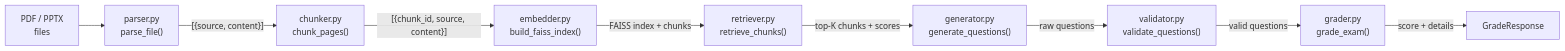
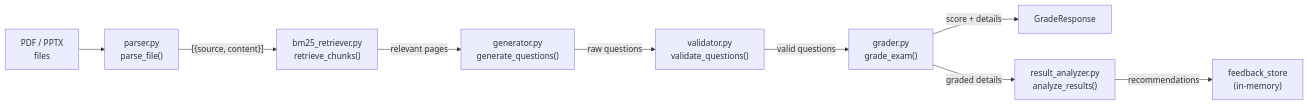
One commit to DanielK345/Exam-generator changed the third of 4 diagrams in README.md. Above: the diagram before and after it, drawn with Mermaid. The commit also changed other lines of this file and 11 other files, not shown here.

Commit message:
cross source questions

````diff
--- a/README.md
+++ b/README.md
@@ -54,11 +82,11 @@
 ```mermaid
 flowchart LR
     PDF["PDF / PPTX\nfiles"] --> parser["parser.py\nparse_file()"]
-    parser -->|"[{source, content}]"| chunker["chunker.py\nchunk_pages()"]
-    chunker -->|"[{chunk_id, source, content}]"| embedder["embedder.py\nbuild_faiss_index()"]
-    embedder -->|"FAISS index + chunks"| retriever["retriever.py\nretrieve_chunks()"]
-    retriever -->|"top-K chunks + scores"| generator["generator.py\ngenerate_questions()"]
+    parser -->|"[{source, content}]"| bm25["bm25_retriever.py\nretrieve_chunks()"]
+    bm25 -->|"relevant pages"| generator["generator.py\ngenerate_questions()"]
     generator -->|"raw questions"| validator["validator.py\nvalidate_questions()"]
     validator -->|"valid questions"| grader["grader.py\ngrade_exam()"]
     grader -->|"score + details"| result["GradeResponse"]
+    grader -->|"graded details"| analyzer["result_analyzer.py\nanalyze_results()"]
+    analyzer -->|"recommendations"| feedback_store["feedback_store\n(in-memory)"]
 ```
````
